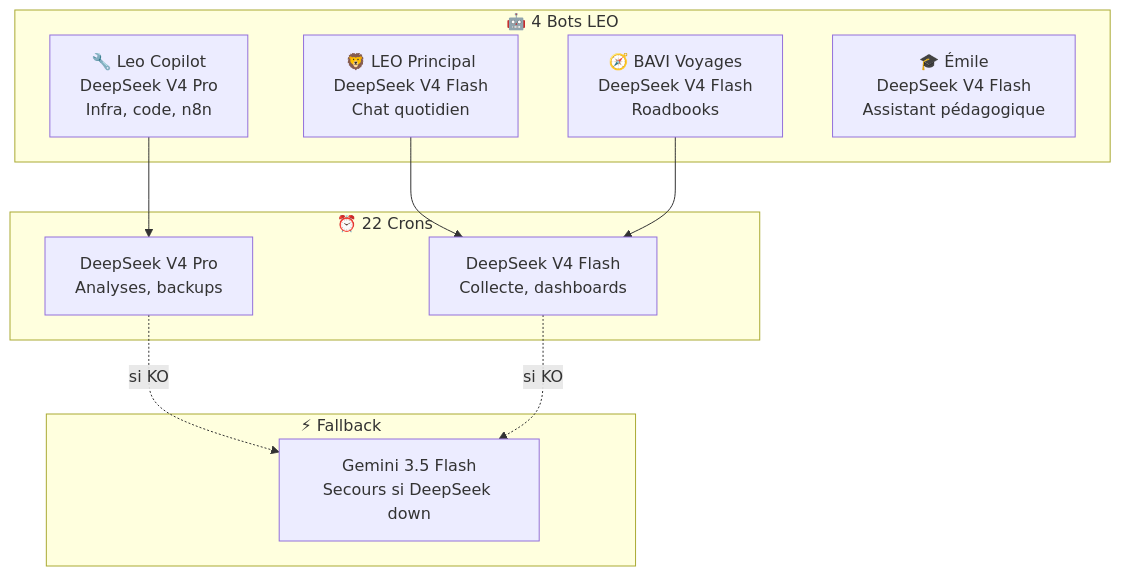
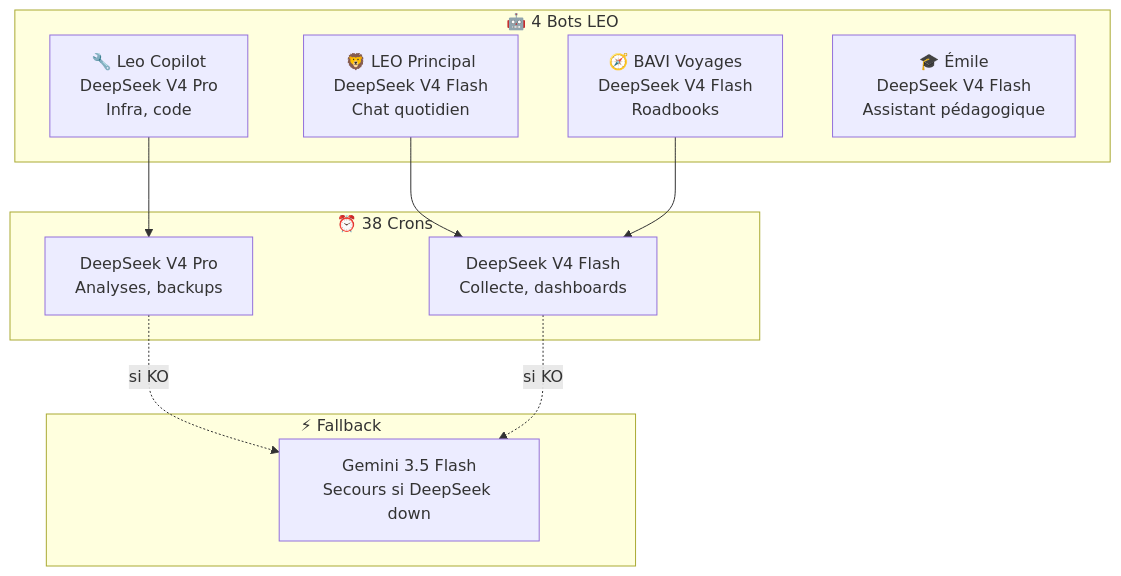
One commit to christophedanhier-hash/hermes-wiki changed the third of 3 diagrams in docs/hermes/decisions/pourquoi-deepseek-pas-gemini.md. Above: the diagram before and after it, drawn with Mermaid. The commit also changed other lines of this file and 19 other files, not shown here.

````diff
--- a/docs/hermes/decisions/pourquoi-deepseek-pas-gemini.md
+++ b/docs/hermes/decisions/pourquoi-deepseek-pas-gemini.md
@@ -132,22 +132,22 @@
 ```mermaid
 flowchart TB
     subgraph BOTS["🤖 4 Bots LEO"]
         MAIN["🦁 LEO Principal\nDeepSeek V4 Flash\nChat quotidien"]
-        COPILOT["🔧 Leo Copilot\nDeepSeek V4 Pro\nInfra, code, n8n"]
+        COPILOT["🔧 Leo Copilot\nDeepSeek V4 Pro\nInfra, code"]
         BAVI["🧭 BAVI Voyages\nDeepSeek V4 Flash\nRoadbooks"]
         EMILE["🎓 Émile\nDeepSeek V4 Flash\nAssistant pédagogique"]
     end
 
     subgraph BACKUP["⚡ Fallback"]
         GEMINI["Gemini 3.5 Flash\nSecours si DeepSeek down"]
     end
 
-    subgraph CRONS["⏰ 22 Crons"]
+    subgraph CRONS["⏰ 38 Crons"]
         DS_PRO["DeepSeek V4 Pro\nAnalyses, backups"]
         DS_FLASH["DeepSeek V4 Flash\nCollecte, dashboards"]
     end
 
     MAIN & BAVI --> DS_FLASH
     COPILOT --> DS_PRO
     DS_PRO & DS_FLASH -.->|si KO| GEMINI
 ```
````
